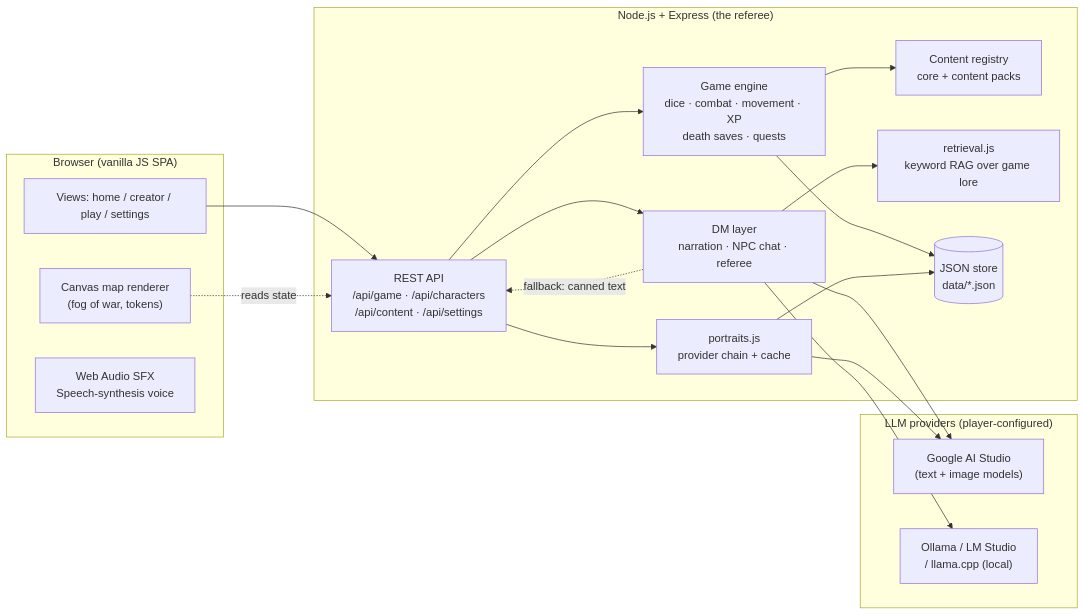
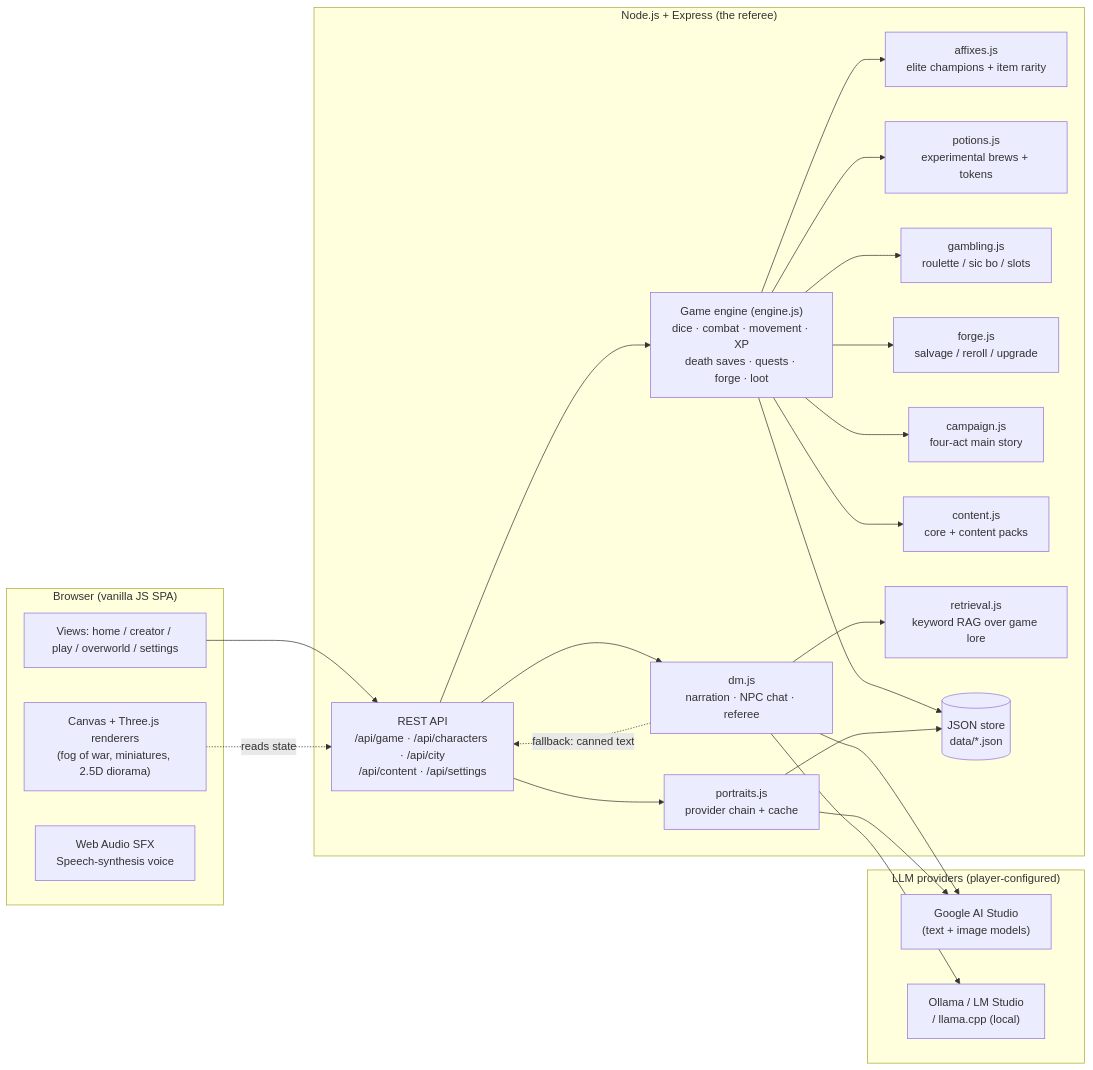
Before and after one commit to Jianjun99/AI_DND5e: the first of 2 diagrams in ARCHITECTURE.md, drawn with Mermaid. The commit also changed other lines of this file, not shown here.

Commit message:
Docs: rewrite ARCHITECTURE.md as the AI-collaboration handbook (covers v1.8-v1.9 systems)

````diff
--- a/ARCHITECTURE.md
+++ b/ARCHITECTURE.md
@@ -11,34 +12,44 @@
 ```mermaid
 flowchart LR
     subgraph Browser["Browser (vanilla JS SPA)"]
-        UI["Views: home / creator / play / settings"]
-        CV["Canvas map renderer<br/>(fog of war, tokens)"]
+        UI["Views: home / creator / play / overworld / settings"]
+        CV["Canvas + Three.js renderers<br/>(fog of war, miniatures, 2.5D diorama)"]
         SFX["Web Audio SFX<br/>Speech-synthesis voice"]
     end
     subgraph Server["Node.js + Express (the referee)"]
-        API["REST API<br/>/api/game · /api/characters<br/>/api/content · /api/settings"]
-        ENG["Game engine<br/>dice · combat · movement · XP<br/>death saves · quests"]
-        REG["Content registry<br/>core + content packs"]
-        DM["DM layer<br/>narration · NPC chat · referee"]
+        API["REST API<br/>/api/game · /api/characters · /api/city<br/>/api/content · /api/settings"]
+        ENG["Game engine (engine.js)<br/>dice · combat · movement · XP<br/>death saves · quests · forge · loot"]
+        AFF["affixes.js<br/>elite champions + item rarity"]
+        POT["potions.js<br/>experimental brews + tokens"]
+        GAM["gambling.js<br/>roulette / sic bo / slots"]
+        FOG["forge.js<br/>salvage / reroll / upgrade"]
+        CAMP["campaign.js<br/>four-act main story"]
+        REG["content.js<br/>core + content packs"]
+        DM["dm.js<br/>narration · NPC chat · referee"]
         RET["retrieval.js<br/>keyword RAG over game lore"]
         DB[("JSON store<br/>data/*.json")]
         POR["portraits.js<br/>provider chain + cache"]
     end
     subgraph AI["LLM providers (player-configured)"]
         G["Google AI Studio<br/>(text + image models)"]
         O["Ollama / LM Studio<br/>/ llama.cpp (local)"]
     end
     UI --> API
     CV -. reads state .-> API
     API --> ENG
+    ENG --> AFF
+    ENG --> POT
+    ENG --> GAM
+    ENG --> FOG
+    ENG --> CAMP
     ENG --> REG
     ENG --> DB
     API --> DM
     DM --> RET
     DM --> G
     DM --> O
     DM -. fallback: canned text .-> API
     API --> POR
     POR --> G
     POR --> DB
 ```
````
